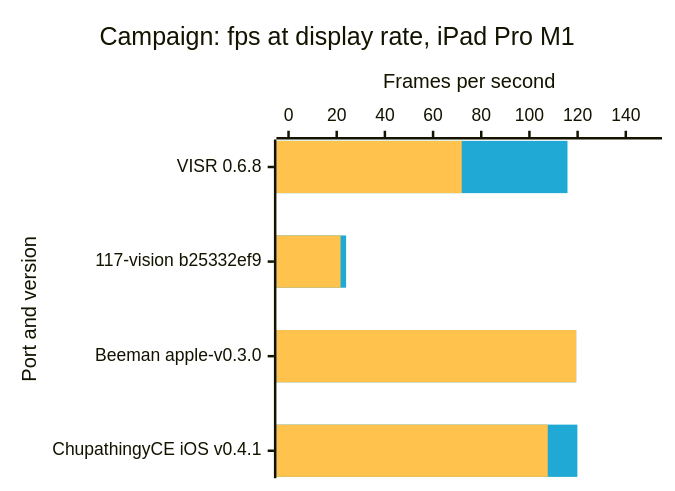
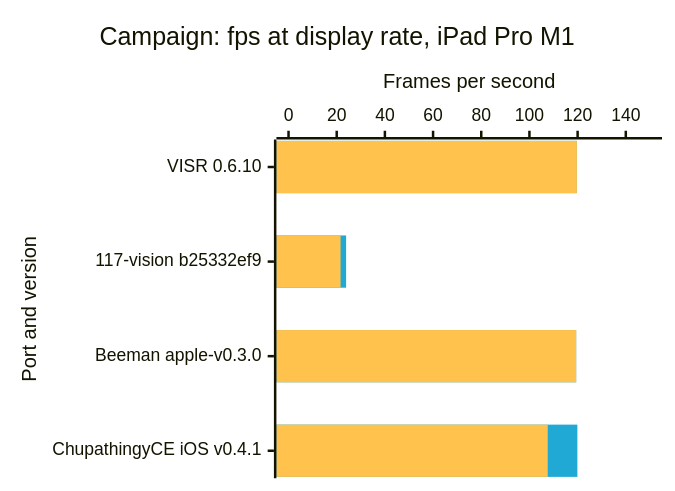
Before and after one commit to VISR-CE/visr: the fourth of 8 diagrams in docs/benchmarks.md, drawn with Mermaid. The commit also changed other lines of this file and 3 other files, not shown here.

````diff
--- a/docs/benchmarks.md
+++ b/docs/benchmarks.md
@@ -108,17 +108,17 @@
 ```mermaid
 ---
 config:
   xyChart:
     width: 520
     height: 373
   themeVariables:
     xyChart:
       plotColorPalette: "#1fa9d4, #ffc24d"
 ---
 xychart-beta horizontal
     title "Campaign: fps at display rate, iPad Pro M1"
-    x-axis "Port and version" ["VISR 0.6.8", "117-vision b25332ef9", "Beeman apple-v0.3.0", "ChupathingyCE iOS v0.4.1"]
+    x-axis "Port and version" ["VISR 0.6.10", "117-vision b25332ef9", "Beeman apple-v0.3.0", "ChupathingyCE iOS v0.4.1"]
     y-axis "Frames per second" 0 --> 150
-    bar [115.8, 23.9, 119.4, 119.9]
-    bar [71.9, 21.6, 119.4, 107.6]
+    bar [119.7, 23.9, 119.4, 119.9]
+    bar [119.7, 21.6, 119.4, 107.6]
 ```
````
